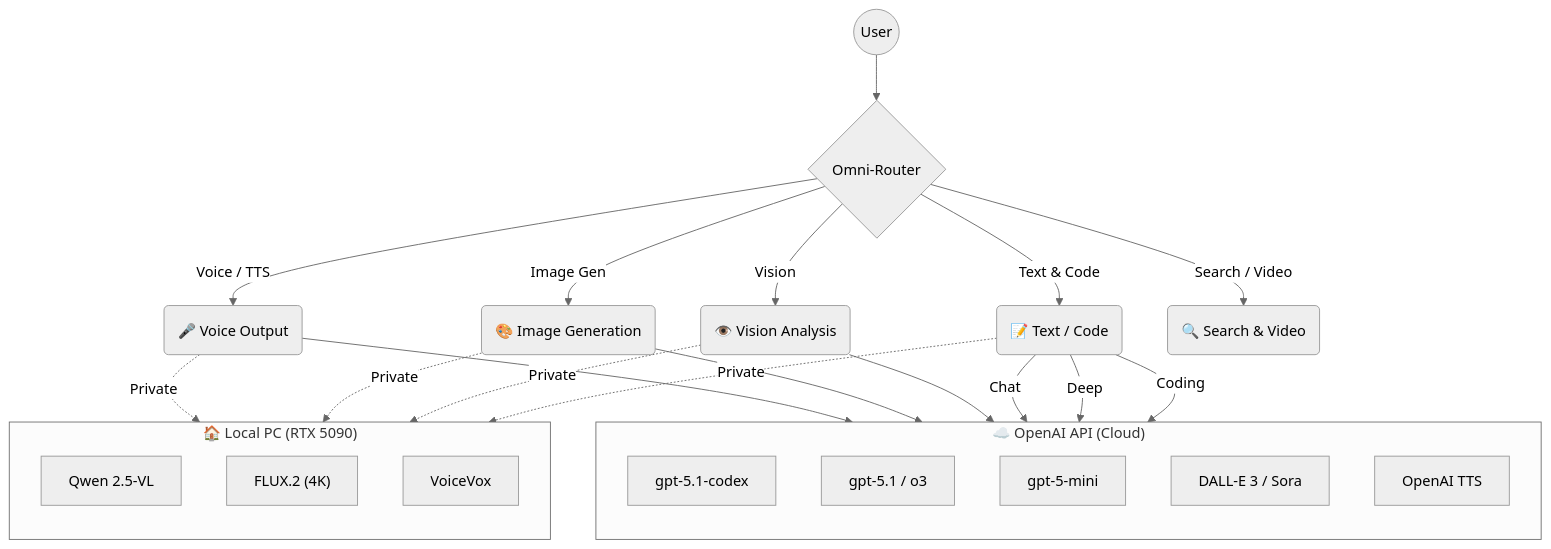
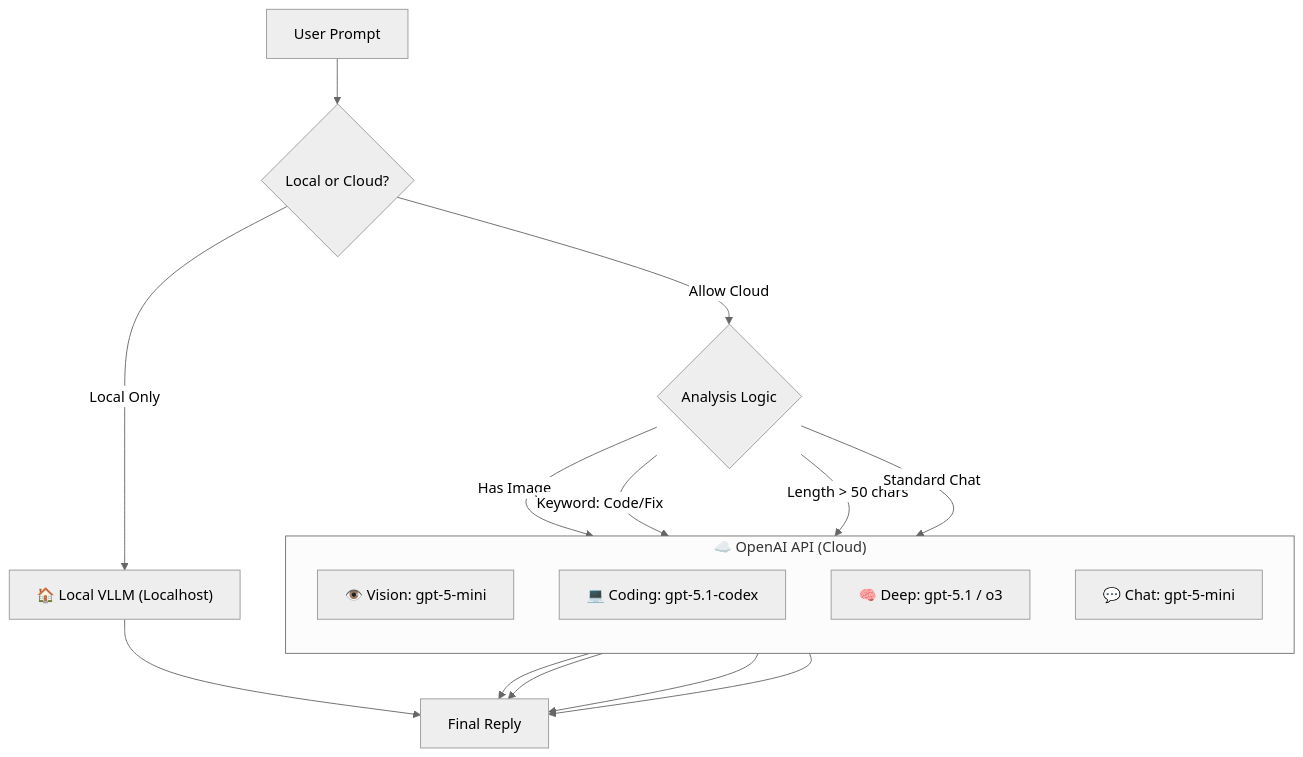
The diagram in README.md (YoneRai12/YonerAI), drawn with Mermaid (neutral theme) before and after one commit. The commit also changed 1 other file, not shown here.

Commit message:
Docs: Revert to previous Router Flow but add Cloud Group Frame as requested

````diff
--- a/README.md
+++ b/README.md
@@ -60,48 +60,31 @@
 ```mermaid
 graph TD
-    User((User)) --> Router{Omni-Router}
+    UserInput["User Prompt"] --> RouteCheck{Local or Cloud?}
 
-    %% Central Hub: Capabilities
-    Router --> |"Text & Code"| TextTask(📝 Text / Code)
-    Router --> |"Vision"| VisTask(👁️ Vision Analysis)
-    Router --> |"Image Gen"| GenTask(🎨 Image Generation)
-    Router --> |"Voice / TTS"| VoiceTask(🎤 Voice Output)
-    Router --> |"Search / Video"| WebTask(🔍 Search & Video)
+    %% Right Branch: Local
+    RouteCheck -- "Local Only" --> LocalPath["🏠 Local VLLM (Localhost)"]
+
+    %% Left Branch: Cloud (API)
+    RouteCheck -- "Allow Cloud" --> OmniRouter{Analysis Logic}
 
     %% Cloud Subgraph
     subgraph Cloud ["☁️ OpenAI API (Cloud)"]
         direction TB
-        C_Codex["gpt-5.1-codex"]
-        C_High["gpt-5.1 / o3"]
-        C_Mini["gpt-5-mini"]
-        C_Dalle["DALL-E 3 / Sora"]
-        C_Voice["OpenAI TTS"]
+        VisionModel["👁️ Vision: gpt-5-mini"]
+        CodingModel["💻 Coding: gpt-5.1-codex"]
+        HighModel["🧠 Deep: gpt-5.1 / o3"]
+        StdModel["💬 Chat: gpt-5-mini"]
     end
 
-    %% Local Subgraph
-    subgraph Local ["🏠 Local PC (RTX 5090)"]
-        direction TB
-        L_LLM["Qwen 2.5-VL"]
-        L_Flux["FLUX.2 (4K)"]
-        L_Voice["VoiceVox"]
-    end
+    OmniRouter -- "Has Image" --> VisionModel
+    OmniRouter -- "Keyword: Code/Fix" --> CodingModel
+    OmniRouter -- "Length > 50 chars" --> HighModel
+    OmniRouter -- "Standard Chat" --> StdModel
 
-    %% Connections
-    %% Text Routing
-    TextTask -- "Coding" --> C_Codex
-    TextTask -- "Deep" --> C_High
-    TextTask -- "Chat" --> C_Mini
-    TextTask -.-> |"Private"| L_LLM
-
-    %% Vision Routing
-    VisTask --> C_Mini
-    VisTask -.-> |"Private"| L_LLM
-
-    %% Generation Routing
-    GenTask --> C_Dalle
-    GenTask -.-> |"Private"| L_Flux
-
-    %% Voice Routing
-    VoiceTask --> C_Voice
-    VoiceTask -.-> |"Private"| L_Voice
+    %% Final Output
+    VisionModel --> Response["Final Reply"]
+    CodingModel --> Response
+    HighModel --> Response
+    StdModel --> Response
+    LocalPath --> Response
 ```
````
